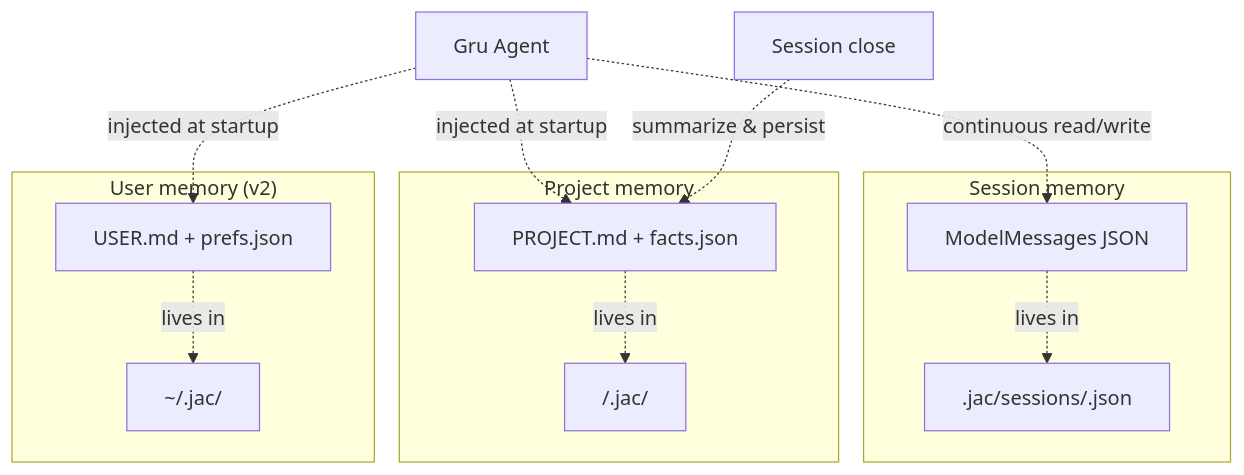
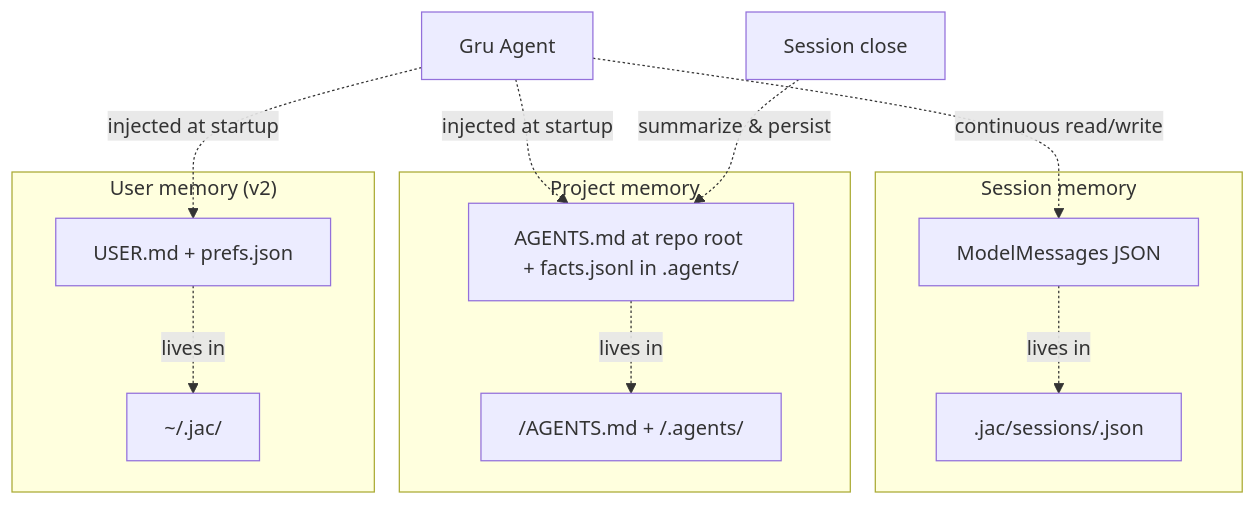
Before and after one commit to VENKATESHWARAN-R/JAC: the seventh of 8 diagrams in ARCHITECTURE.md, drawn with Mermaid. The commit also changed other lines of this file and 16 other files, not shown here.

````diff
--- a/ARCHITECTURE.md
+++ b/ARCHITECTURE.md
@@ -385,17 +385,17 @@
 ```mermaid
 flowchart TB
     subgraph "Session memory"
         S[ModelMessages JSON] -.lives in.-> SD[.jac/sessions/<id>.json]
     end
     subgraph "Project memory"
-        P[PROJECT.md + facts.json] -.lives in.-> PD[<repo>/.jac/]
+        P[AGENTS.md at repo root + facts.jsonl in .agents/] -.lives in.-> PD[<repo>/AGENTS.md + <repo>/.agents/]
     end
     subgraph "User memory (v2)"
         U[USER.md + prefs.json] -.lives in.-> UD[~/.jac/]
     end
 
     Gru[Gru Agent] -.injected at startup.-> P
     Gru -.injected at startup.-> U
     Gru -.continuous read/write.-> S
     Closer[Session close] -.summarize & persist.-> P
 ```
````
